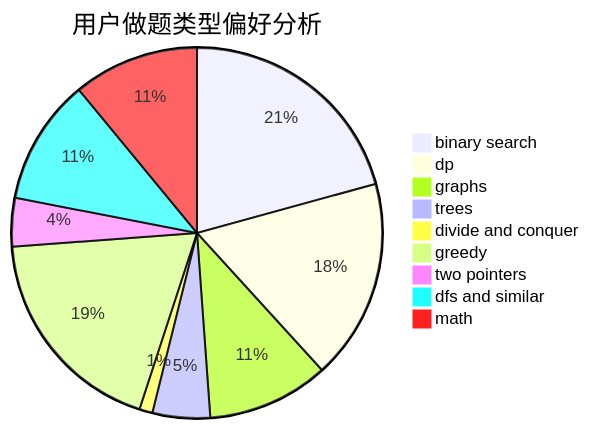
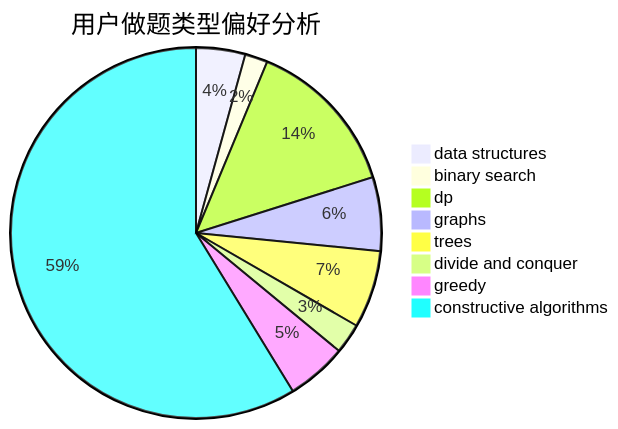
Before and after one commit to sherpahu/cfrs.github.io: the second of 3 diagrams in docs/user/u1483.md, drawn with Mermaid. The commit also changed other lines of this file and 2775 other files, not shown here.

````diff
--- a/docs/user/u1483.md
+++ b/docs/user/u1483.md
@@ -23,12 +23,11 @@
 ```mermaid
 pie title 用户做题类型偏好分析
-    "binary search" :  289
-    "dp" :  244
-    "graphs" :  148
-    "trees" :  70
+    "data structures" :  26
+    "binary search" :  12
+    "dp" :  84
+    "graphs" :  39
+    "trees" :  41
     "divide and conquer" :  16
-    "greedy" :  262
-    "two pointers" :  59
-    "dfs and similar" :  153
-    "math" :  153
+    "greedy" :  32
+    "constructive algorithms" :  356
 ```
````
